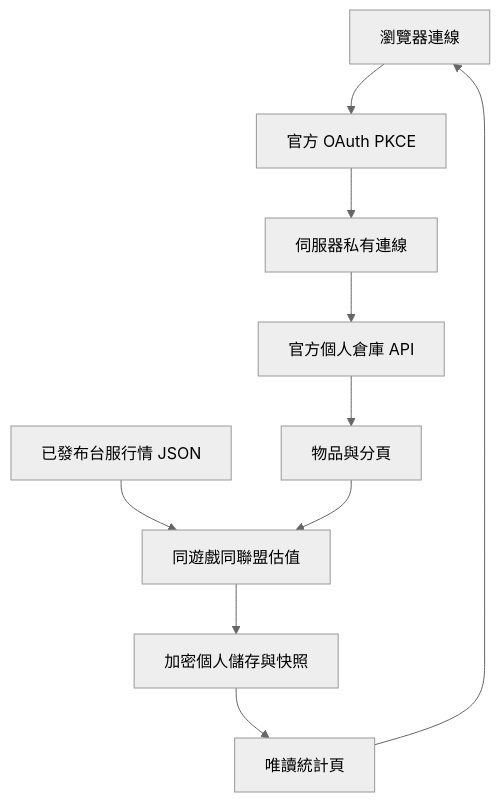
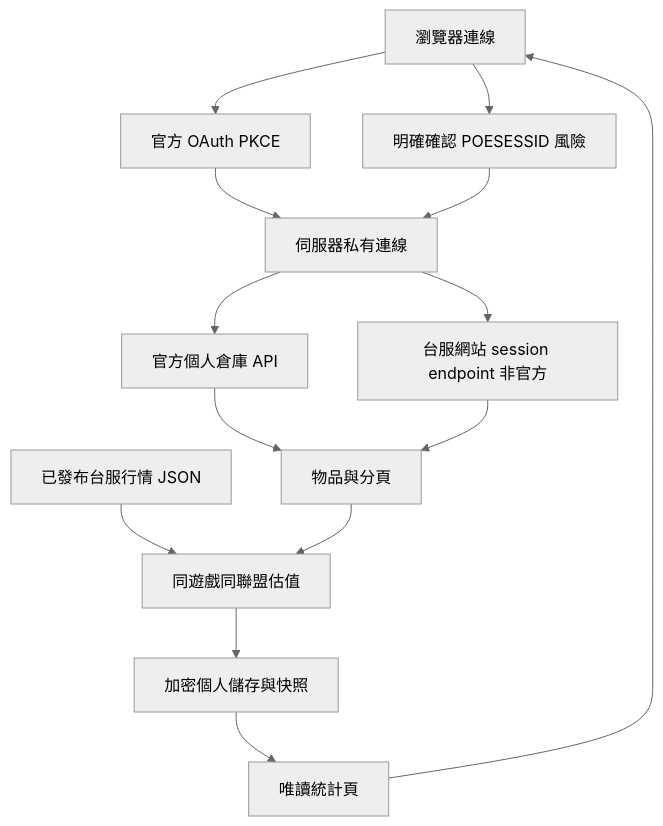
Before and after one commit to loyc1224/poe_web: the diagram in web/docs/STASH.md, drawn with Mermaid (neutral theme). The commit also changed other lines of this file and 10 other files, not shown here.

````diff
--- a/web/docs/STASH.md
+++ b/web/docs/STASH.md
@@ -32,12 +48,16 @@
 ```mermaid
 graph TB
     Browser[瀏覽器連線] --> OAuth[官方 OAuth PKCE]
+    Browser --> Consent[明確確認 POESESSID 風險]
     OAuth --> Backend[伺服器私有連線]
+    Consent --> Backend
     Backend --> Official[官方個人倉庫 API]
+    Backend --> SessionEndpoint[台服網站 session endpoint 非官方]
     Official --> Raw[物品與分頁]
+    SessionEndpoint --> Raw
     Prices[已發布台服行情 JSON] --> Valuation[同遊戲同聯盟估值]
     Raw --> Valuation
     Valuation --> Store[加密個人儲存與快照]
     Store --> Dashboard[唯讀統計頁]
     Dashboard --> Browser
 ```
````
